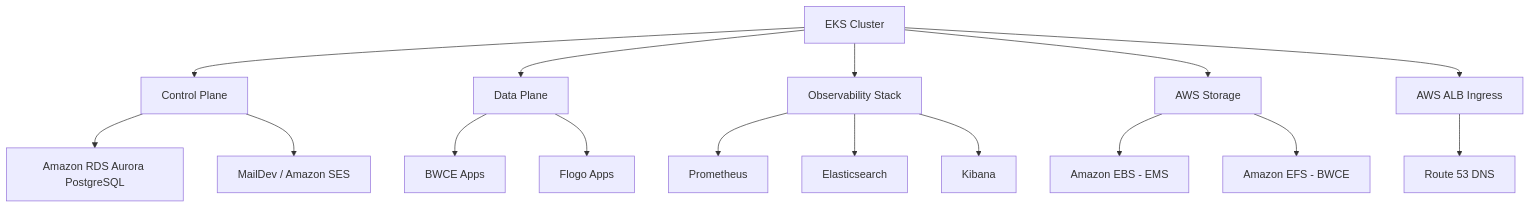
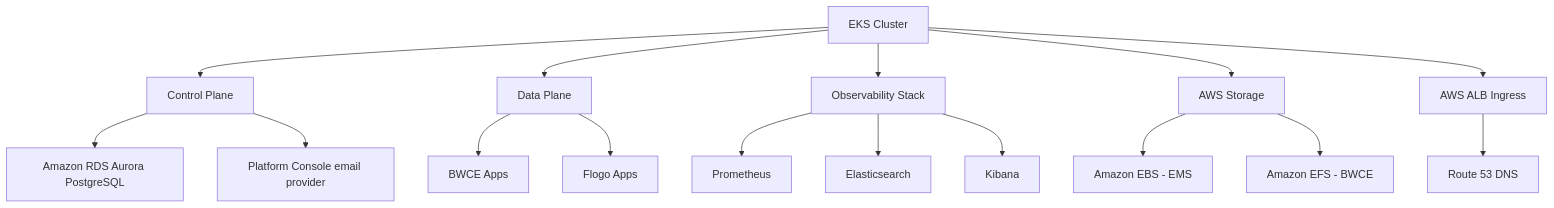
The second of 4 diagrams in README.md (tibco-bnl/workshop-tp-eks), drawn with Mermaid before and after one commit. The commit also changed other lines of this file and 6 other files, not shown here.

Commit message:
Align EKS email docs with 1.18 chart values

````diff
--- a/README.md
+++ b/README.md
@@ -329,18 +329,18 @@
 ```mermaid
 graph TD
     A[EKS Cluster] --> B[Control Plane]
     A --> C[Data Plane]
     B --> D[Amazon RDS Aurora PostgreSQL]
-    B --> E[MailDev / Amazon SES]
+    B --> E[Platform Console email provider]
     C --> F[BWCE Apps]
     C --> G[Flogo Apps]
     A --> H[Observability Stack]
     H --> I[Prometheus]
     H --> J[Elasticsearch]
     H --> K[Kibana]
     A --> L[AWS Storage]
     L --> M[Amazon EBS - EMS]
     L --> N[Amazon EFS - BWCE]
     A --> O[AWS ALB Ingress]
     O --> P[Route 53 DNS]
 ```
````
